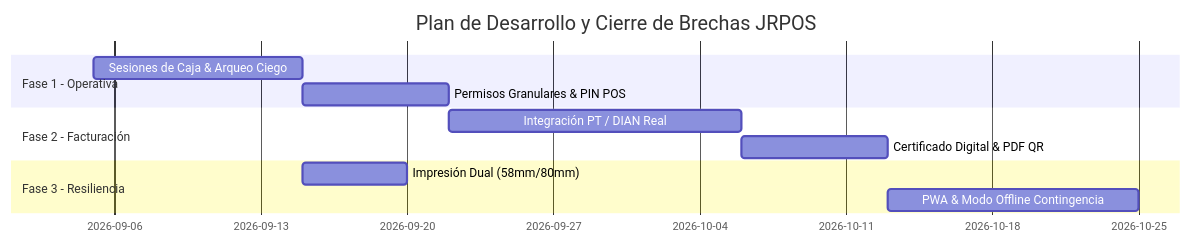
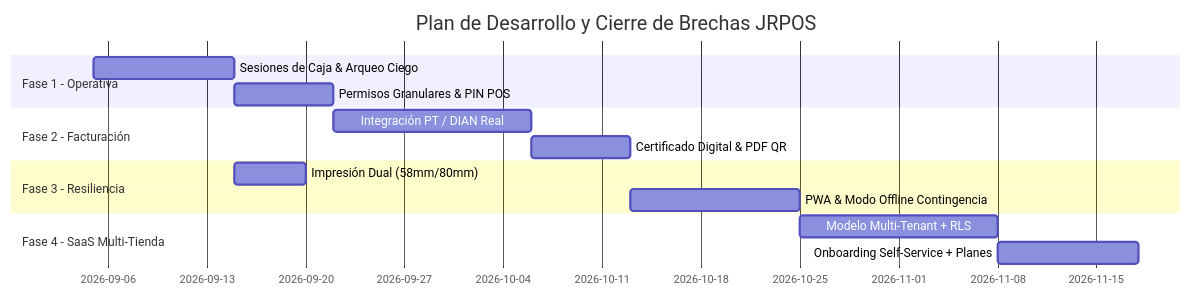
Before and after one commit to camilolealdev/Jrpos: the diagram in docs/TECHNICAL_ROADMAP.md, drawn with Mermaid. The commit also changed other lines of this file and 10 other files, not shown here.

Commit message:
chore(sync): synchronize roadmap, mock shot capabilities, and dependency lockfiles

````diff
--- a/docs/TECHNICAL_ROADMAP.md
+++ b/docs/TECHNICAL_ROADMAP.md
@@ -65,14 +77,17 @@
 ```mermaid
 gantt
     title Plan de Desarrollo y Cierre de Brechas JRPOS
     dateFormat  YYYY-MM-DD
     section Fase 1 - Operativa
     Sesiones de Caja & Arqueo Ciego     :a1, 2026-09-05, 10d
     Permisos Granulares & PIN POS       :a2, after a1, 7d
     section Fase 2 - Facturación
     Integración PT / DIAN Real         :b1, after a2, 14d
     Certificado Digital & PDF QR       :b2, after b1, 7d
     section Fase 3 - Resiliencia
     Impresión Dual (58mm/80mm)          :c1, 2026-09-15, 5d
     PWA & Modo Offline Contingencia     :c2, after b2, 12d
+    section Fase 4 - SaaS Multi-Tienda
+    Modelo Multi-Tenant + RLS           :d1, after c2, 14d
+    Onboarding Self-Service + Planes    :d2, after d1, 10d
 ```
````
